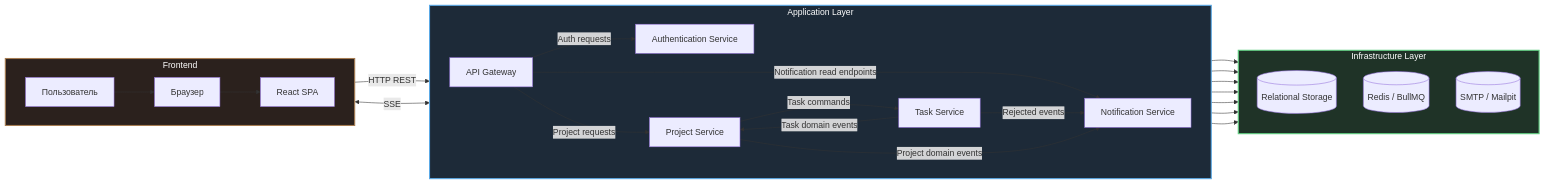
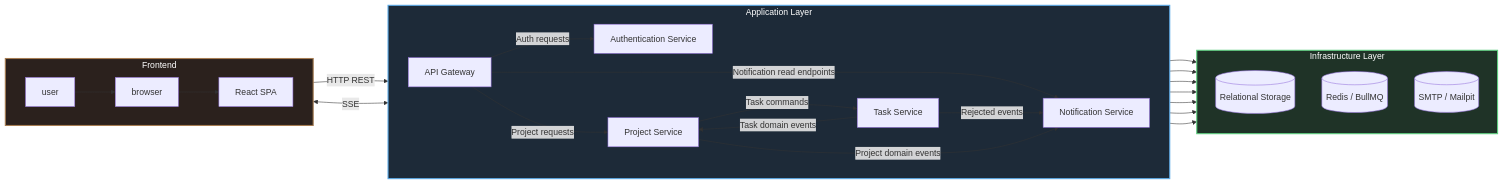
Before and after one commit to Tres7/projet-archi-to-do-list: the first of 3 diagrams in docs/technical/architecture.md, drawn with Mermaid.

````diff
--- a/docs/technical/architecture.md
+++ b/docs/technical/architecture.md
@@ -17,52 +17,52 @@
 ```mermaid
 flowchart LR
     subgraph FRONT["Frontend"]
         direction LR
-        U[Пользователь]
-        C[Браузер]
+        U[user]
+        C[browser]
         FE[React SPA]
         U --> C --> FE
     end
 
     subgraph APP["Application Layer"]
         direction LR
         GW[API Gateway]
         AS[Authentication Service]
         PS[Project Service]
         TS[Task Service]
         NS[Notification Service]
     end
 
     subgraph INFRA["Infrastructure Layer"]
         direction TB
         DB[(Relational Storage)]
         R[(Redis / BullMQ)]
         SMTP[(SMTP / Mailpit)]
     end
 
     FE -->|HTTP REST| GW
     FE <-->|SSE| NS
 
     GW -->|Auth requests| AS
     GW -->|Project requests| PS
     GW -->|Notification read endpoints| NS
 
     PS -->|Task commands| TS
     TS -->|Task domain events| PS
     TS -->|Rejected events| NS
     PS -->|Project domain events| NS
 
     AS --> DB
     PS --> DB
     TS --> DB
 
     PS --> R
     TS --> R
     NS --> R
 
     NS --> SMTP
 
     style FRONT fill:#2b211d,stroke:#a67c52,stroke-width:2px,color:#fff
     style APP fill:#1d2a38,stroke:#5aa9e6,stroke-width:2px,color:#fff
     style INFRA fill:#1f3327,stroke:#5fcf80,stroke-width:2px,color:#fff
 ```
````
